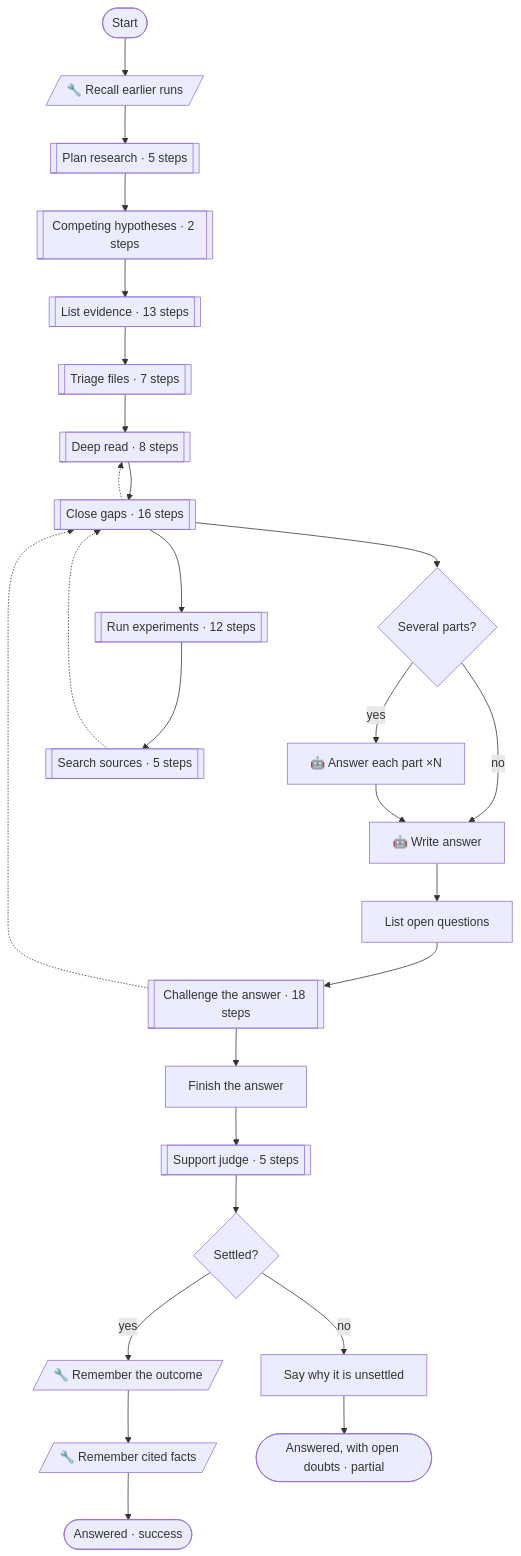
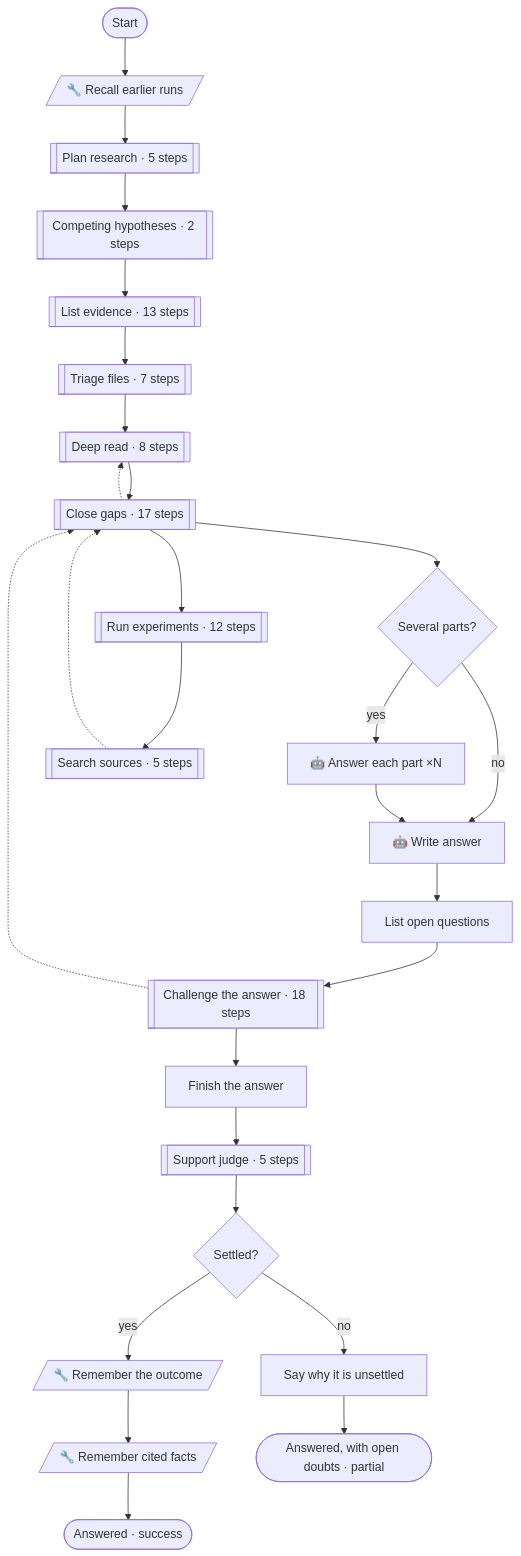
One commit to pirty6/symphony-core changed the first of 7 diagrams in docs/patterns.md. Above: the diagram before and after it, drawn with Mermaid. The commit also changed other lines of this file and 4 other files, not shown here.

````diff
--- a/docs/patterns.md
+++ b/docs/patterns.md
@@ -80,52 +80,52 @@
 ```mermaid
 flowchart TD
   n_start(["Start"])
   n_recall[/"🔧 Recall earlier runs"/]
   n_multiPart{"Several parts?"}
   n_answerParts["🤖 Answer each part ×N"]
   n_answer["🤖 Write answer"]
   n_listOpen["List open questions"]
   n_attachParts["Finish the answer"]
   n_settled{"Settled?"}
   n_noteDoubts["Say why it is unsettled"]
   n_learnAnswer[/"🔧 Remember the outcome"/]
   n_rememberCited[/"🔧 Remember cited facts"/]
   n_done(["Answered · success"])
   n_doubts(["Answered, with open doubts · partial"])
   n_planPhase[["Plan research · 5 steps"]]
   n_hypothesesPhase[["Competing hypotheses · 2 steps"]]
   n_listPhase[["List evidence · 13 steps"]]
   n_triagePhase[["Triage files · 7 steps"]]
   n_deepPhase[["Deep read · 8 steps"]]
   n_experimentPhase[["Run experiments · 12 steps"]]
   n_sourcePhase[["Search sources · 5 steps"]]
-  n_gapPhase[["Close gaps · 16 steps"]]
+  n_gapPhase[["Close gaps · 17 steps"]]
   n_challengePhase[["Challenge the answer · 18 steps"]]
   n_judgePhase[["Support judge · 5 steps"]]
   n_start --> n_recall
   n_recall --> n_planPhase
   n_planPhase --> n_hypothesesPhase
   n_hypothesesPhase --> n_listPhase
   n_listPhase --> n_triagePhase
   n_triagePhase --> n_deepPhase
   n_deepPhase --> n_gapPhase
   n_gapPhase --> n_experimentPhase
   n_experimentPhase --> n_sourcePhase
   n_sourcePhase -.-> n_gapPhase
   n_gapPhase -.-> n_deepPhase
   n_gapPhase --> n_multiPart
   n_multiPart -->|"yes"| n_answerParts
   n_multiPart -->|"no"| n_answer
   n_answerParts --> n_answer
   n_answer --> n_listOpen
   n_listOpen --> n_challengePhase
   n_challengePhase --> n_attachParts
   n_challengePhase -.-> n_gapPhase
   n_attachParts --> n_judgePhase
   n_judgePhase --> n_settled
   n_settled -->|"yes"| n_learnAnswer
   n_settled -->|"no"| n_noteDoubts
   n_learnAnswer --> n_rememberCited
   n_rememberCited --> n_done
   n_noteDoubts --> n_doubts
 ```
````
